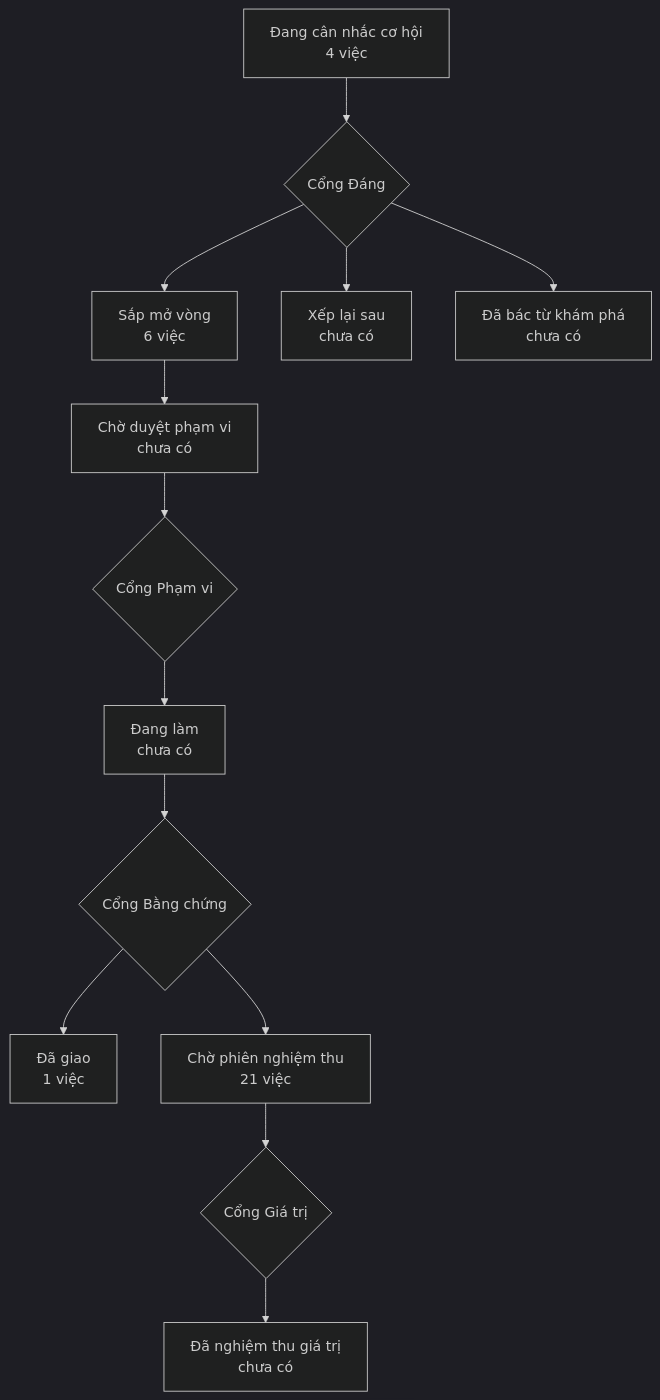
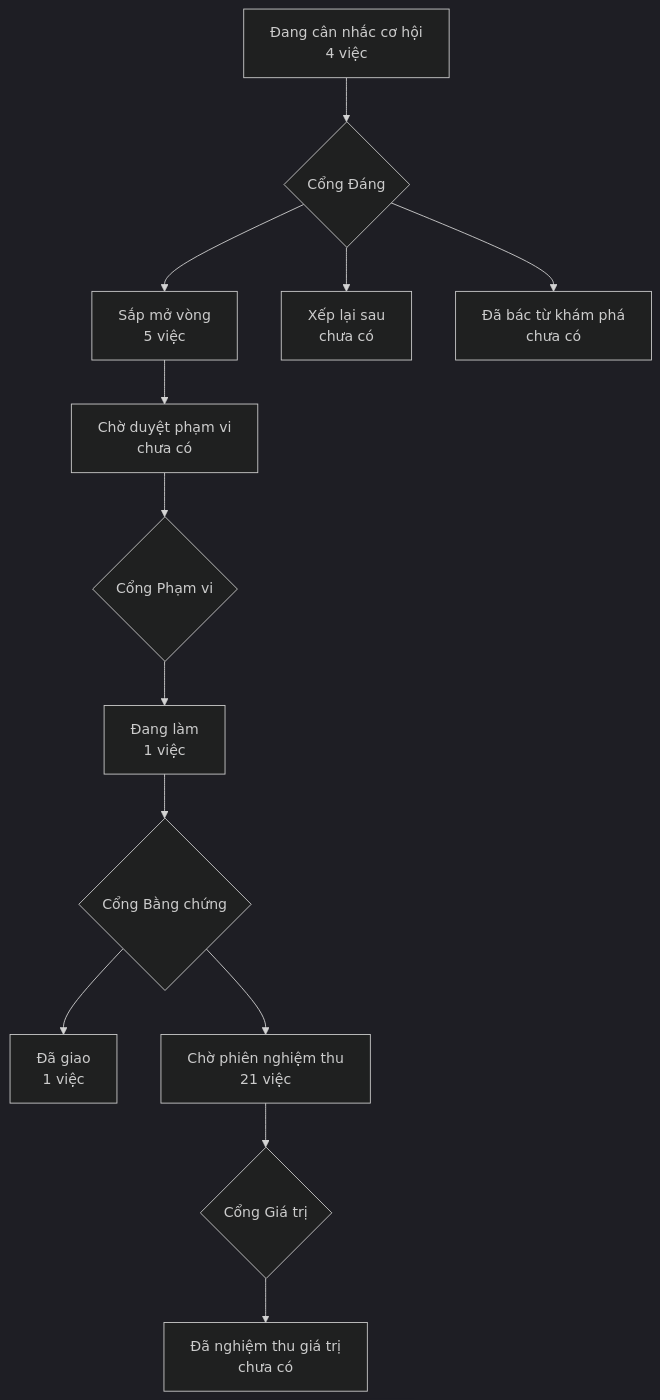
The diagram in PRODUCT-MAP.md (phanlemanh/onehub-inventory), drawn with Mermaid (dark theme) before and after one commit. The commit also changed other lines of this file and 3 other files, not shown here.

````diff
--- a/PRODUCT-MAP.md
+++ b/PRODUCT-MAP.md
@@ -7,12 +7,12 @@
 ```mermaid
 flowchart TD
   A["Đang cân nhắc cơ hội<br/>4 việc"] --> GD{"Cổng Đáng"}
-  GD --> B["Sắp mở vòng<br/>6 việc"]
+  GD --> B["Sắp mở vòng<br/>5 việc"]
   GD --> XL["Xếp lại sau<br/>chưa có"]
   GD --> DB["Đã bác từ khám phá<br/>chưa có"]
   B --> CD["Chờ duyệt phạm vi<br/>chưa có"] --> GP{"Cổng Phạm vi"}
-  GP --> DL["Đang làm<br/>chưa có"] --> GB{"Cổng Bằng chứng"}
+  GP --> DL["Đang làm<br/>1 việc"] --> GB{"Cổng Bằng chứng"}
   GB --> DG["Đã giao<br/>1 việc"]
   GB --> CN["Chờ phiên nghiệm thu<br/>21 việc"] --> GG{"Cổng Giá trị"}
   GG --> NT["Đã nghiệm thu giá trị<br/>chưa có"]
 ```
````
